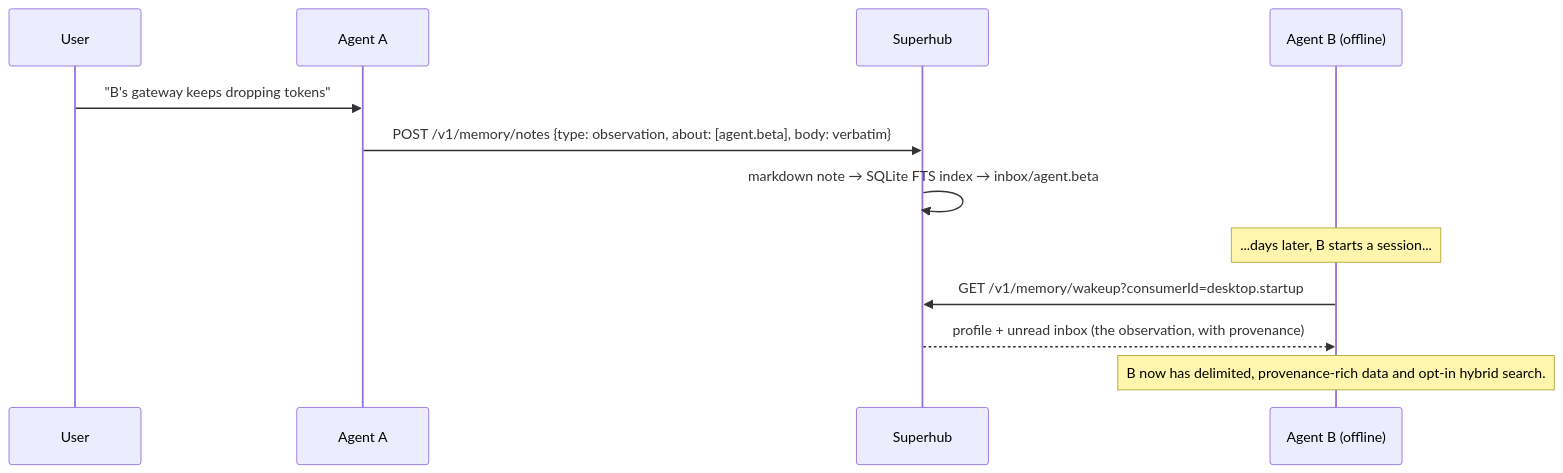
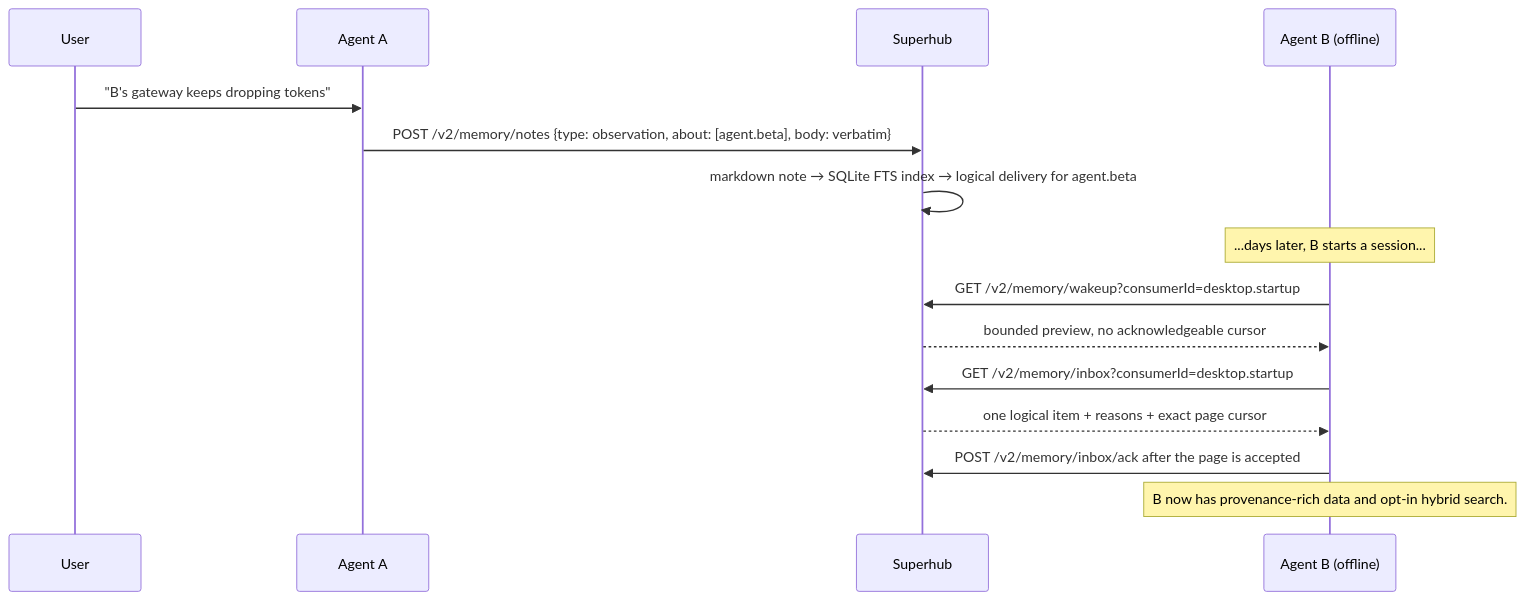
Before and after one commit to phenomenoner/a2a-superhub: the diagram in README.md, drawn with Mermaid. The commit also changed other lines of this file and 50 other files, not shown here.

Commit message:
Harden memory delivery and acknowledgement boundaries

````diff
--- a/README.md
+++ b/README.md
@@ -54,15 +56,18 @@
 ```mermaid
 sequenceDiagram
   participant U as User
   participant A as Agent A
   participant H as Superhub
   participant B as Agent B (offline)
 
   U->>A: "B's gateway keeps dropping tokens"
-  A->>H: POST /v1/memory/notes {type: observation, about: [agent.beta], body: verbatim}
-  H->>H: markdown note → SQLite FTS index → inbox/agent.beta
+  A->>H: POST /v2/memory/notes {type: observation, about: [agent.beta], body: verbatim}
+  H->>H: markdown note → SQLite FTS index → logical delivery for agent.beta
   Note over B: ...days later, B starts a session...
-  B->>H: GET /v1/memory/wakeup?consumerId=desktop.startup
-  H-->>B: profile + unread inbox (the observation, with provenance)
-  Note over B: B now has delimited, provenance-rich data and opt-in hybrid search.
+  B->>H: GET /v2/memory/wakeup?consumerId=desktop.startup
+  H-->>B: bounded preview, no acknowledgeable cursor
+  B->>H: GET /v2/memory/inbox?consumerId=desktop.startup
+  H-->>B: one logical item + reasons + exact page cursor
+  B->>H: POST /v2/memory/inbox/ack after the page is accepted
+  Note over B: B now has provenance-rich data and opt-in hybrid search.
 ```
````
